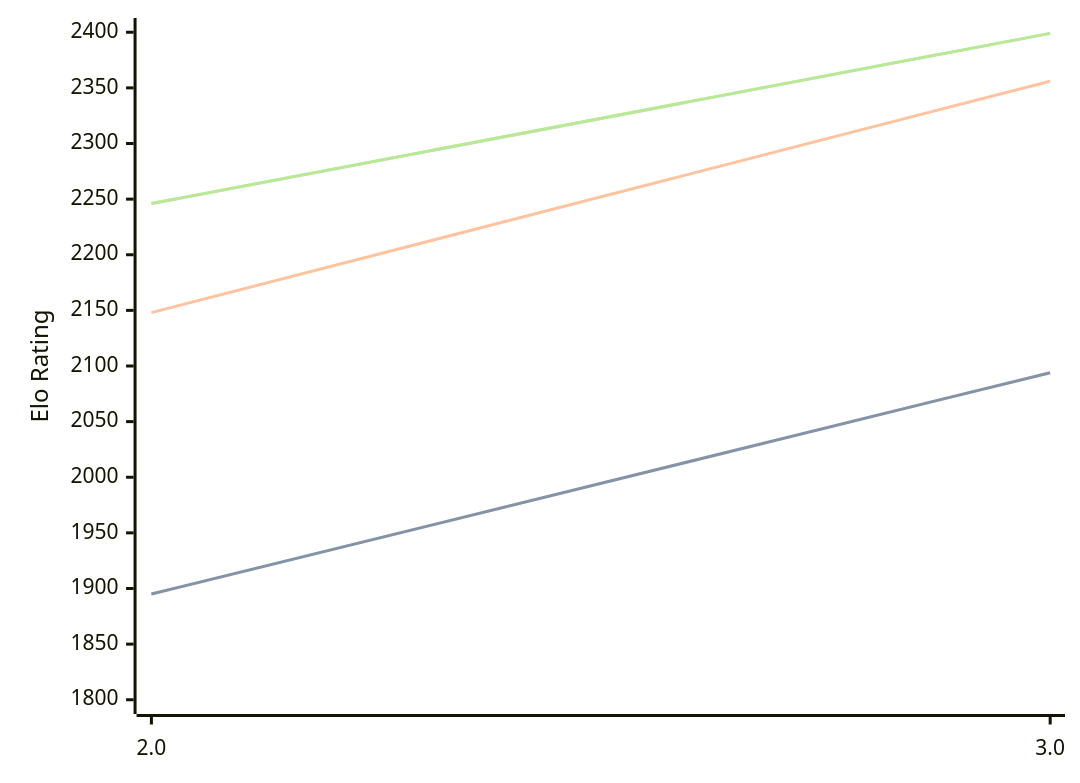
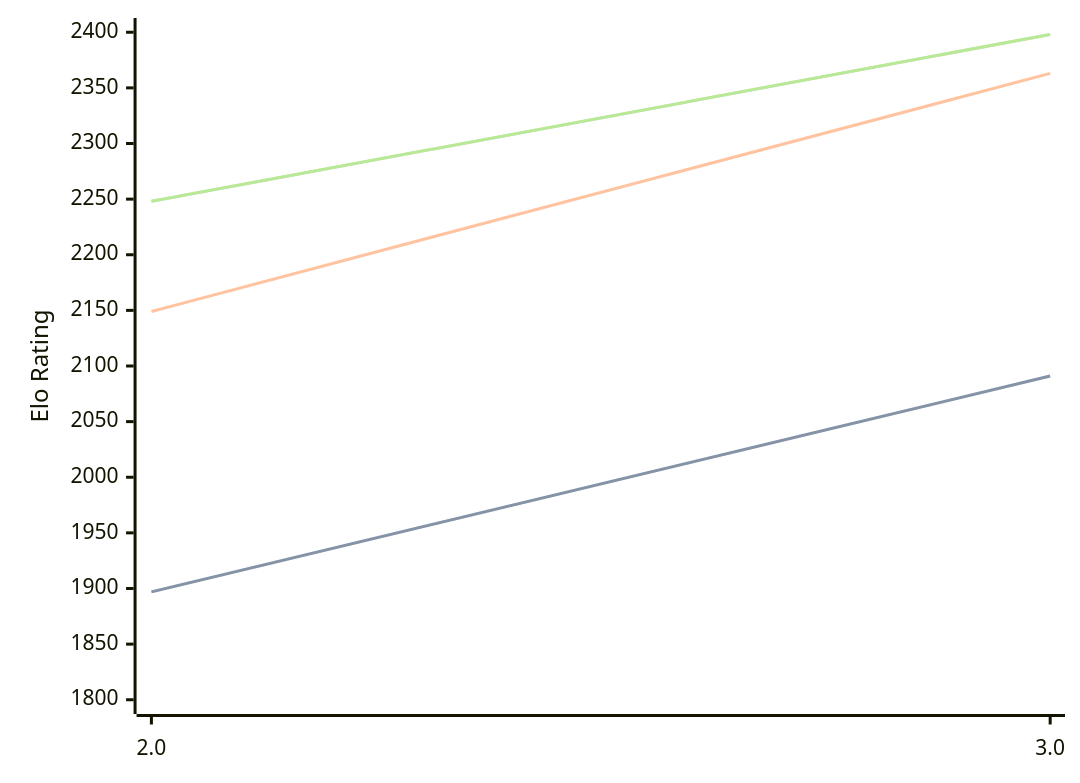
Before and after one commit to computer-chess-index/cci: the diagram in engines/Zeno.md, drawn with Mermaid. The commit also changed other lines of this file, not shown here.

Commit message:
Update CCI Ratings (ELO VLTC) - 2026-08-21

````diff
--- a/engines/Zeno.md
+++ b/engines/Zeno.md
@@ -32,11 +32,11 @@
 ```mermaid
 %%{init: {"theme":"base","themeVariables":{"seriesColors:['#a3a3a3','#222221','#faa371']}}}%%
 xychart-beta
   x-axis ["2.0", "3.0"]
   y-axis "Elo Rating" 1800 --> 2400
-  line "STC (8.0+0.08s)" [1895, 2094]
-  line "STC (8.0+0.08s)" [1895, 2094]
-  line "LTC (60.0+0.60s)" [2148, 2356]
-  line "VLTC (2m24s+1.12s)" [2246, 2399]
-  line "VLTC (2m24s+1.12s)" [2246, 2399]
+  line "STC (8.0+0.08s)" [1897, 2091]
+  line "STC (8.0+0.08s)" [1897, 2091]
+  line "LTC (60.0+0.60s)" [2149, 2363]
+  line "VLTC (2m24s+1.12s)" [2248, 2398]
+  line "VLTC (2m24s+1.12s)" [2248, 2398]
 ```
````
